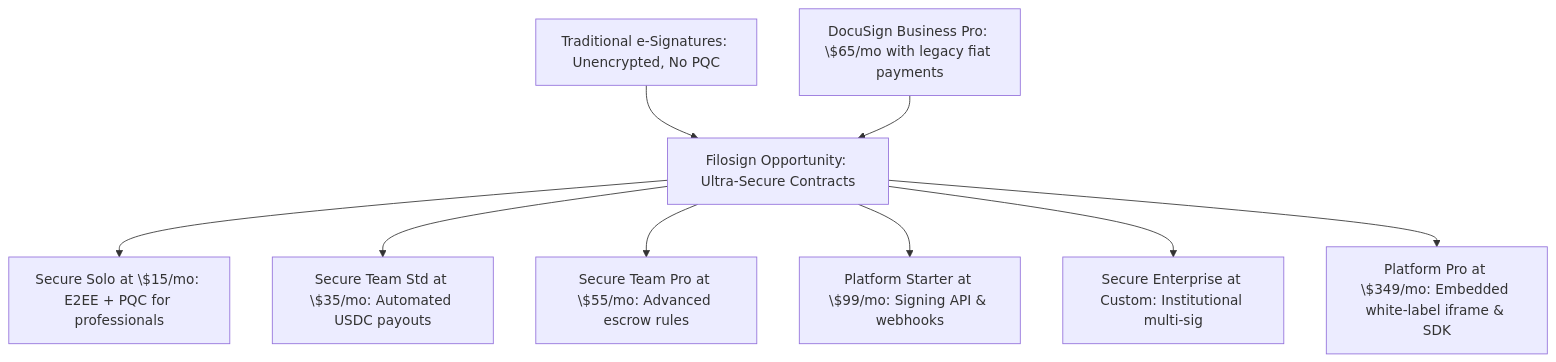
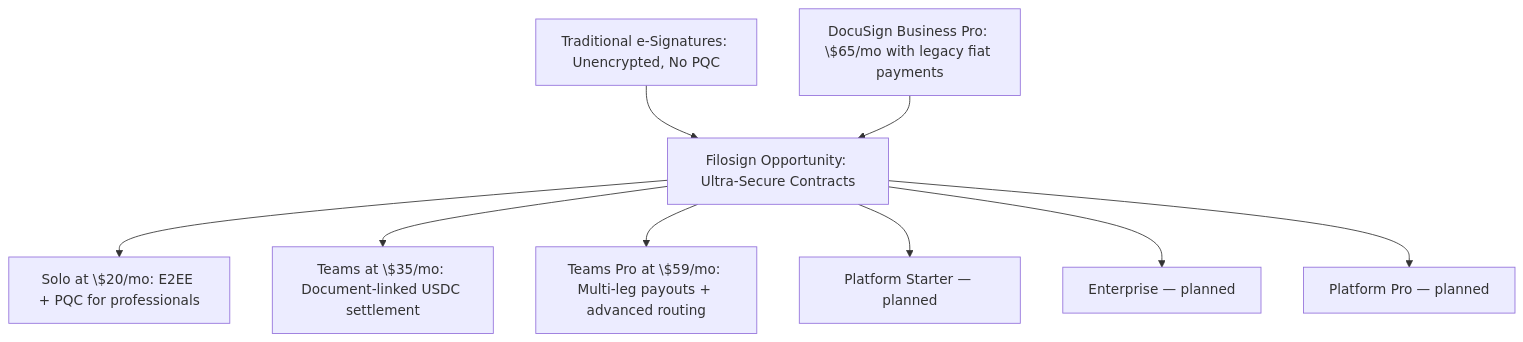
Before and after one commit to filosign-dapp/filosign: the diagram in project/entitlements/competitive_pricing_analysis.md, drawn with Mermaid. The commit also changed other lines of this file and 19 other files, not shown here.

Commit message:
[LAUNCH] - Docs and marketing (repo): architecture, pricing pages, entitlement reports, and API route notes.

````diff
--- a/project/entitlements/competitive_pricing_analysis.md
+++ b/project/entitlements/competitive_pricing_analysis.md
@@ -37,11 +47,11 @@
 ```mermaid
 graph TD
     A[Traditional e-Signatures: Unencrypted, No PQC] --> B[Filosign Opportunity: Ultra-Secure Contracts]
     C[DocuSign Business Pro: \$65/mo with legacy fiat payments] --> B
-    B --> D[Secure Solo at \$15/mo: E2EE + PQC for professionals]
-    B --> E[Secure Team Std at \$35/mo: Automated USDC payouts]
-    B --> F[Secure Team Pro at \$55/mo: Advanced escrow rules]
-    B --> H[Platform Starter at \$99/mo: Signing API & webhooks]
-    B --> G[Secure Enterprise at Custom: Institutional multi-sig]
-    B --> I[Platform Pro at \$349/mo: Embedded white-label iframe & SDK]
+    B --> D[Solo at \$20/mo: E2EE + PQC for professionals]
+    B --> E[Teams at \$35/mo: Document-linked USDC settlement]
+    B --> F[Teams Pro at \$59/mo: Multi-leg payouts + advanced routing]
+    B --> H[Platform Starter — planned]
+    B --> G[Enterprise — planned]
+    B --> I[Platform Pro — planned]
 ```
````
